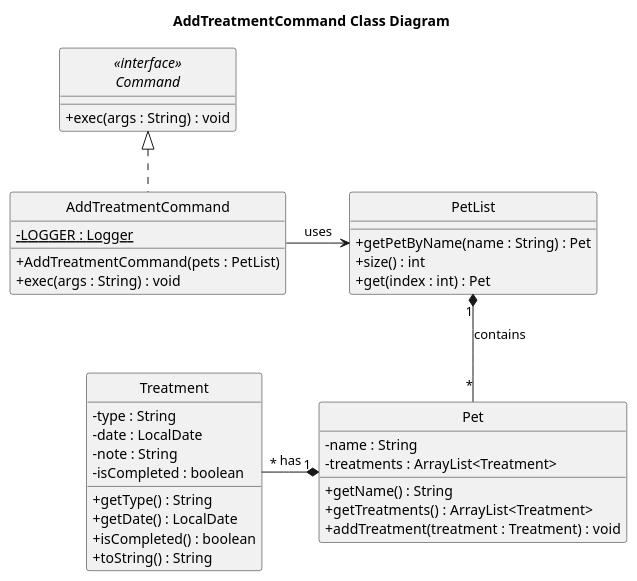
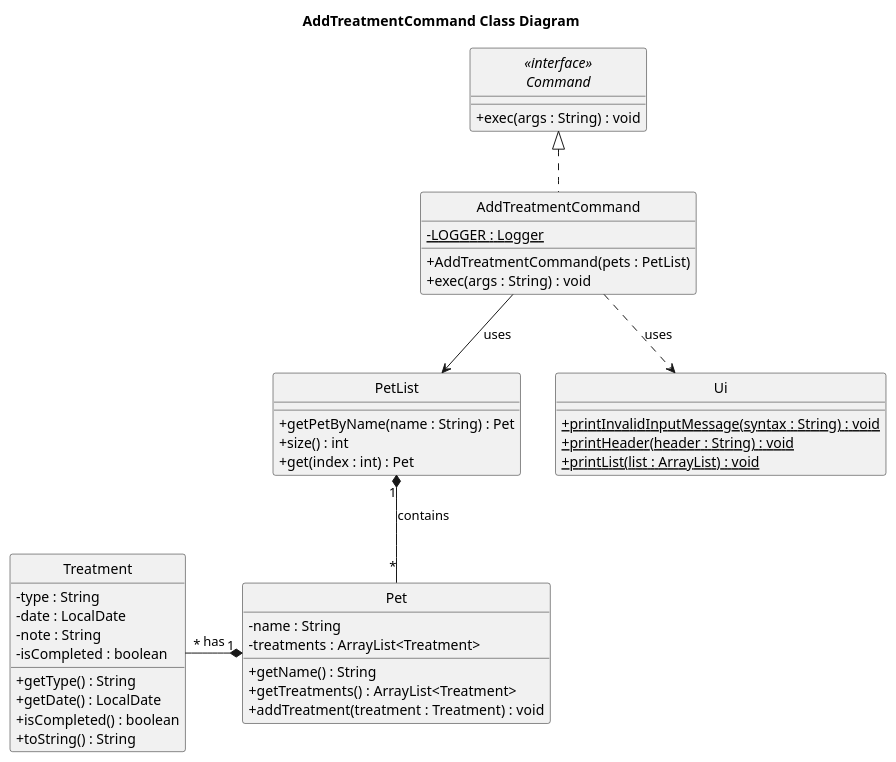
Before and after one commit to Kevin88866/tp: the diagram in docs/uml/AddTreatmentCommandClass.puml, drawn with PlantUML. The commit also changed 1 other file, not shown here.

Commit message:
Update class diagrams to include dependency on Ui

```diff
--- a/docs/uml/AddTreatmentCommandClass.puml
+++ b/docs/uml/AddTreatmentCommandClass.puml
@@ -1,46 +1,53 @@
 @startuml
 skinparam classAttributeIconSize 0
 hide circle
 title AddTreatmentCommand Class Diagram
 
 class AddTreatmentCommand {
     - {static} LOGGER : Logger
     + AddTreatmentCommand(pets : PetList)
     + exec(args : String) : void
 }
 
 interface "<<interface>>\nCommand" as Command {
     + exec(args : String) : void
 }
 
 class PetList {
     + getPetByName(name : String) : Pet
     + size() : int
     + get(index : int) : Pet
 }
 
 class Pet {
     - name : String
     - treatments : ArrayList<Treatment>
     + getName() : String
     + getTreatments() : ArrayList<Treatment>
     + addTreatment(treatment : Treatment) : void
 }
 
 class Treatment {
     - type : String
     - date : LocalDate
     - note : String
     - isCompleted : boolean
     + getType() : String
     + getDate() : LocalDate
     + isCompleted() : boolean
     + toString() : String
 }
 
+class Ui {
+    + {static} printInvalidInputMessage(syntax : String) : void
+    + {static} printHeader(header : String) : void
+    + {static} printList(list : ArrayList) : void
+}
+
 Command <|.. AddTreatmentCommand
-AddTreatmentCommand -right-> PetList : uses
+AddTreatmentCommand -down-> PetList : uses
+AddTreatmentCommand ..> Ui : uses
 PetList "1" *-- "*" Pet : contains
 Pet "1" *-left- "*" Treatment : has
 
 @enduml
```
